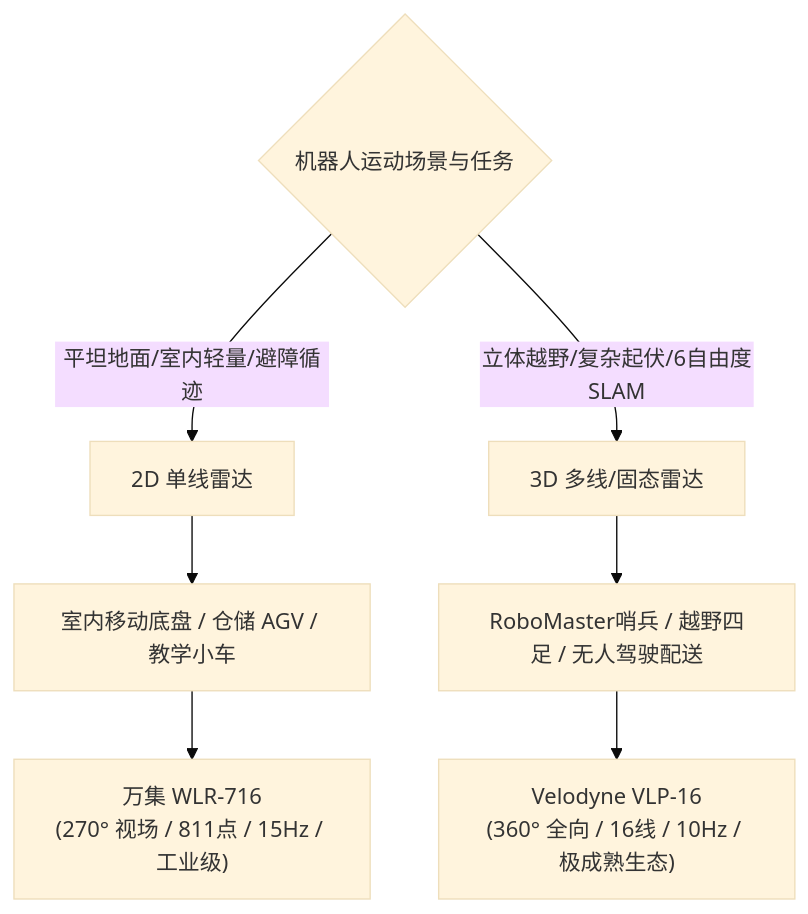
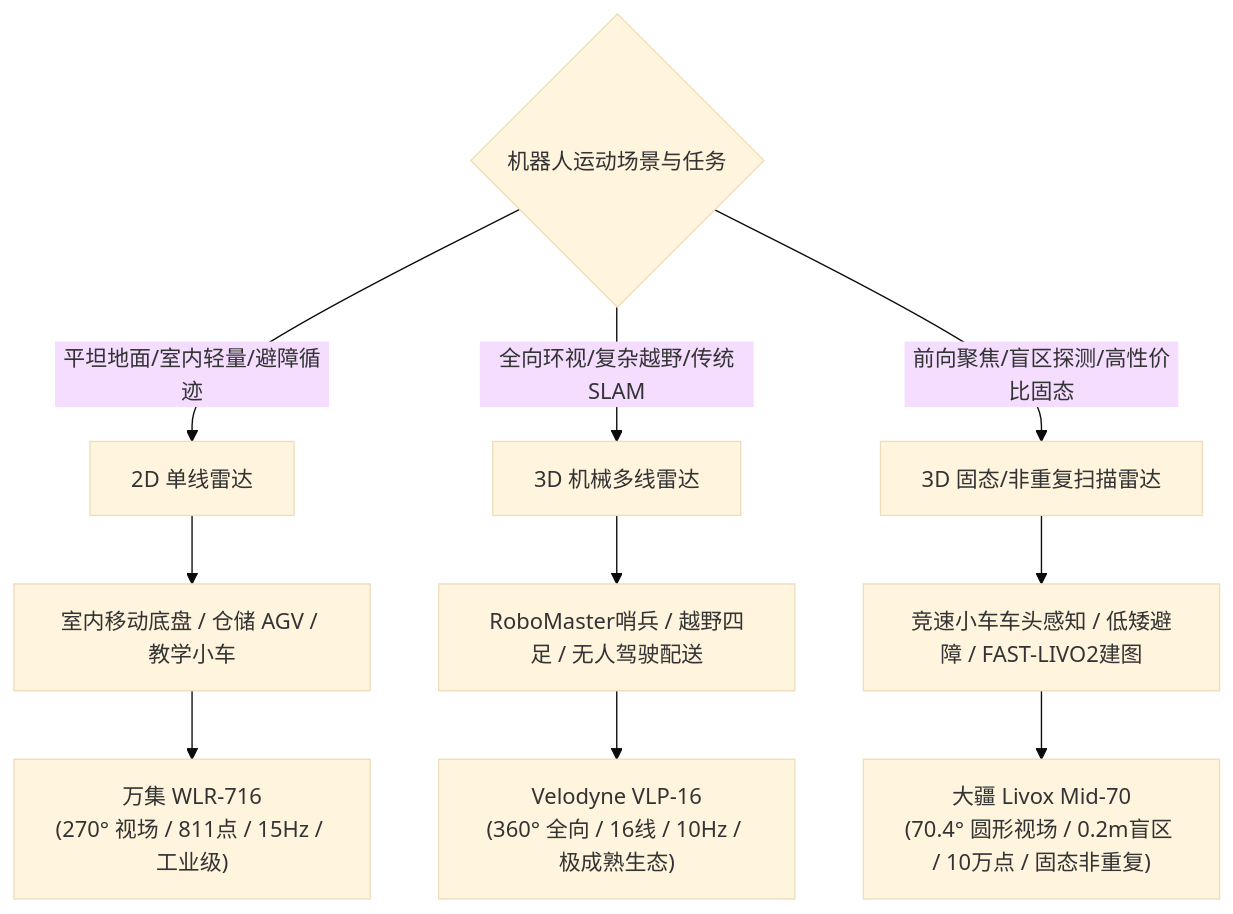
The first of 2 diagrams in NOTES/radar档案/00_Radar档案_选型矩阵与传感器通用排错指南.md (WGK1005/obsidian-notes), drawn with Mermaid (base theme) before and after one commit. The commit also changed other lines of this file and 3 other files, not shown here.

Commit message:
docs: add Livox Mid-70 radar archive and FAST-LIVO2 to Great Github

````diff
--- a/NOTES/radar档案/00_Radar档案_选型矩阵与传感器通用排错指南.md
+++ b/NOTES/radar档案/00_Radar档案_选型矩阵与传感器通用排错指南.md
@@ -29,11 +29,14 @@
 ```mermaid
 flowchart TD
     Task{机器人运动场景与任务} -->|平坦地面/室内轻量/避障循迹| D2[2D 单线雷达]
-    Task -->|立体越野/复杂起伏/6自由度SLAM| D3[3D 多线/固态雷达]
+    Task -->|全向环视/复杂越野/传统SLAM| D3[3D 机械多线雷达]
+    Task -->|前向聚焦/盲区探测/高性价比固态| DS[3D 固态/非重复扫描雷达]
 
     D2 --> AGV[室内移动底盘 / 仓储 AGV / 教学小车]
     D3 --> RM[RoboMaster哨兵 / 越野四足 / 无人驾驶配送]
+    DS --> UGV[竞速小车车头感知 / 低矮避障 / FAST-LIVO2建图]
 
     AGV --> WLR["万集 WLR-716<br/>(270° 视场 / 811点 / 15Hz / 工业级)"]
     RM --> VLP["Velodyne VLP-16<br/>(360° 全向 / 16线 / 10Hz / 极成熟生态)"]
+    UGV --> MID70["大疆 Livox Mid-70<br/>(70.4° 圆形视场 / 0.2m盲区 / 10万点 / 固态非重复)"]
 ```
````
